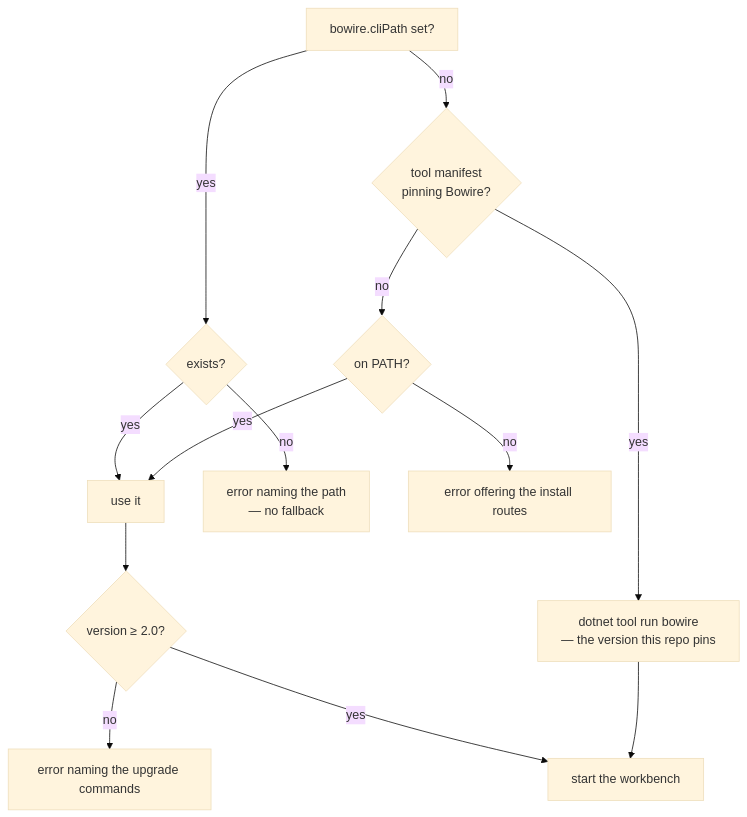
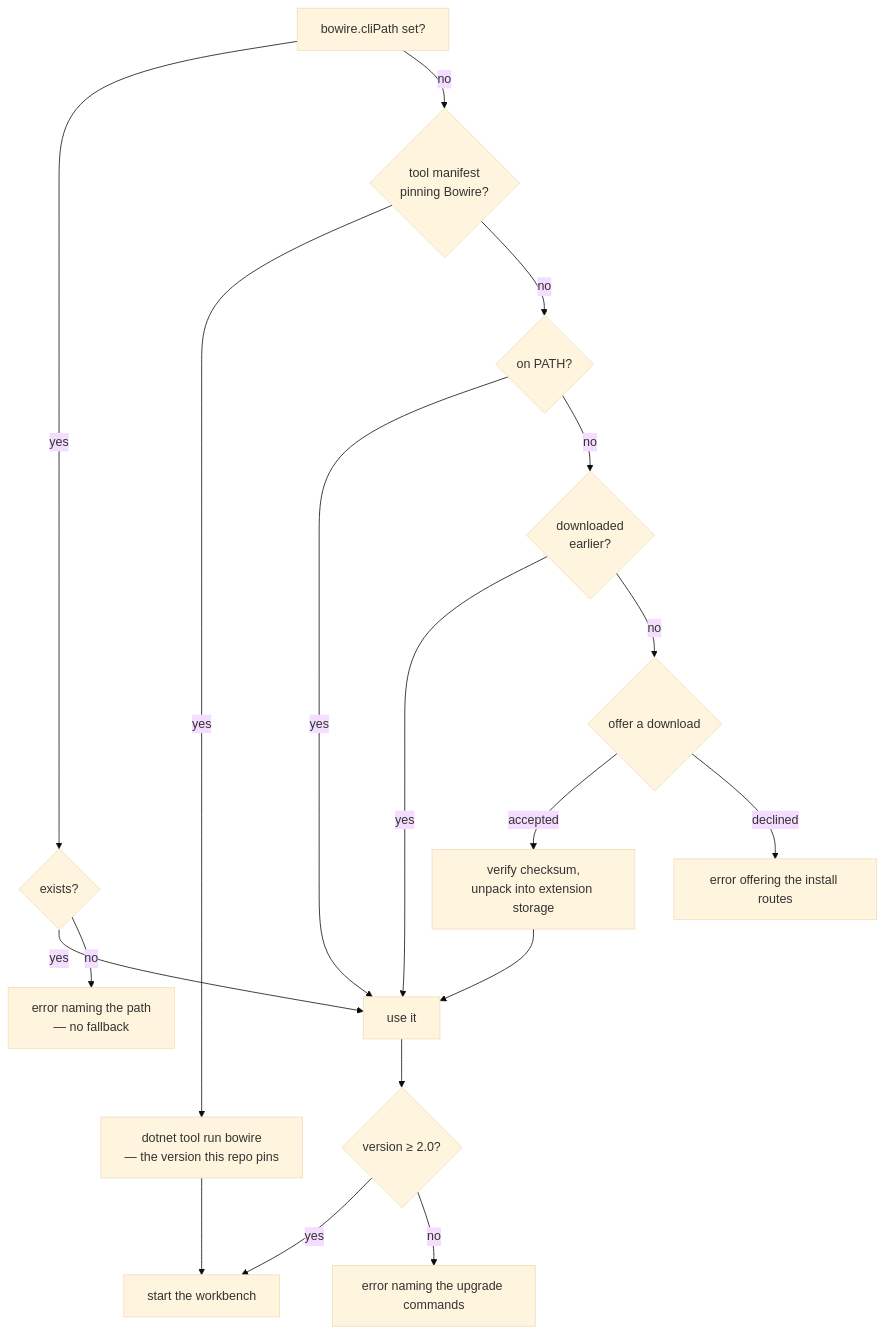
One commit to Kuestenlogik/Bowire changed the diagram in extensions/bowire-vscode/README.md. Above: the diagram before and after it, drawn with Mermaid (base theme). The commit also changed other lines of this file and 5 other files, not shown here.

````diff
--- a/extensions/bowire-vscode/README.md
+++ b/extensions/bowire-vscode/README.md
@@ -23,15 +23,20 @@
 ```mermaid
 flowchart TD
     A["bowire.cliPath set?"] -->|yes| B{"exists?"}
     B -->|yes| USE["use it"]
     B -->|no| ERR["error naming the path<br/>— no fallback"]
     A -->|no| M{"tool manifest<br/>pinning Bowire?"}
     M -->|yes| PIN["dotnet tool run bowire<br/>— the version this repo pins"]
     M -->|no| C{"on PATH?"}
     C -->|yes| USE
-    C -->|no| INSTALL["error offering the install routes"]
+    C -->|no| D{"downloaded<br/>earlier?"}
+    D -->|yes| USE
+    D -->|no| OFFER{"offer a download"}
+    OFFER -->|accepted| GET["verify checksum,<br/>unpack into extension storage"]
+    OFFER -->|declined| INSTALL["error offering the install routes"]
+    GET --> USE
     USE --> V{"version ≥ 2.0?"}
     V -->|yes| RUN["start the workbench"]
     V -->|no| OLD["error naming the upgrade commands"]
     PIN --> RUN
 ```
````
